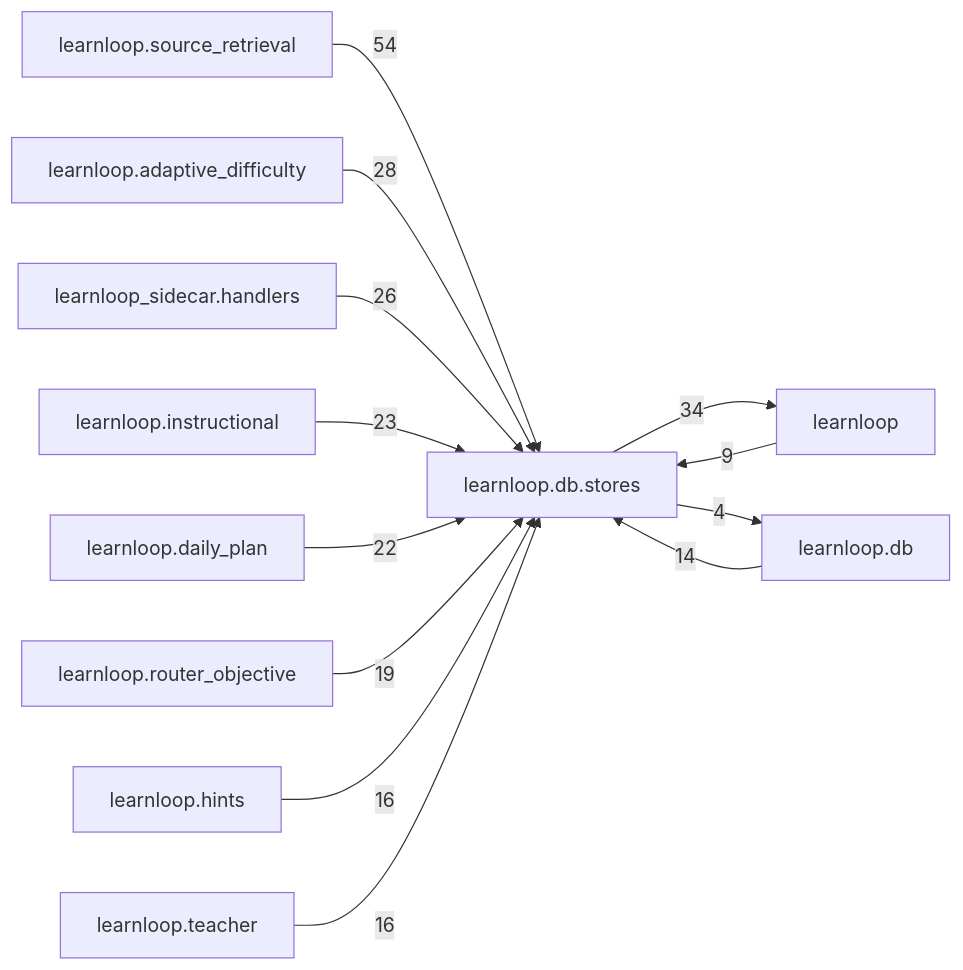
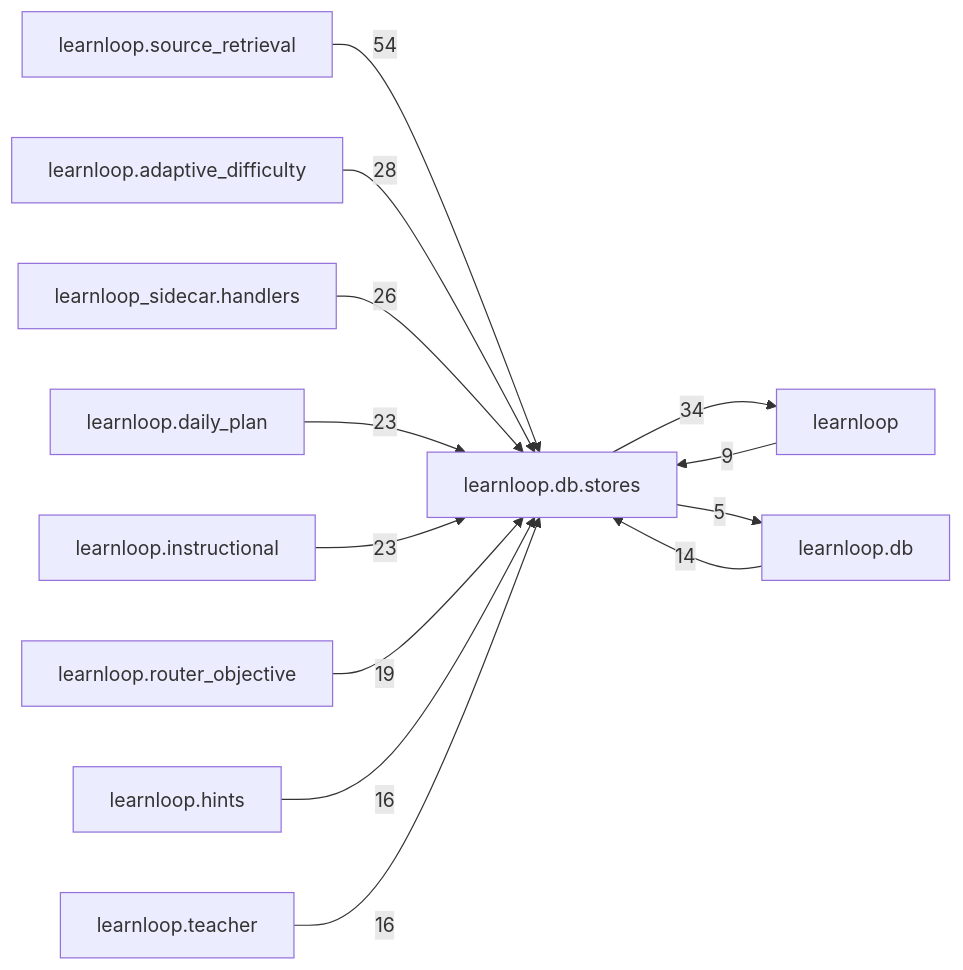
Before and after one commit to 6up-b/learnanything: the diagram in docs/learnloop-architecture-vault/Reference/Modules/learnloop/db/stores/_package.md, drawn with Mermaid. The commit also changed other lines of this file and 67 other files, not shown here.

````diff
--- a/docs/learnloop-architecture-vault/Reference/Modules/learnloop/db/stores/_package.md
+++ b/docs/learnloop-architecture-vault/Reference/Modules/learnloop/db/stores/_package.md
@@ -220,26 +220,26 @@
 ```mermaid
 flowchart LR
     center["learnloop.db.stores"]
     n_learnloop_source_retrieval["learnloop.source_retrieval"]
     n_learnloop["learnloop"]
     n_learnloop_adaptive_difficulty["learnloop.adaptive_difficulty"]
     n_learnloop_sidecar_handlers["learnloop_sidecar.handlers"]
+    n_learnloop_daily_plan["learnloop.daily_plan"]
     n_learnloop_instructional["learnloop.instructional"]
-    n_learnloop_daily_plan["learnloop.daily_plan"]
+    n_learnloop_db["learnloop.db"]
     n_learnloop_router_objective["learnloop.router_objective"]
-    n_learnloop_db["learnloop.db"]
     n_learnloop_hints["learnloop.hints"]
     n_learnloop_teacher["learnloop.teacher"]
     n_learnloop_source_retrieval -->|54| center
     n_learnloop -->|9| center
     center -->|34| n_learnloop
     n_learnloop_adaptive_difficulty -->|28| center
     n_learnloop_sidecar_handlers -->|26| center
+    n_learnloop_daily_plan -->|23| center
     n_learnloop_instructional -->|23| center
-    n_learnloop_daily_plan -->|22| center
+    n_learnloop_db -->|14| center
+    center -->|5| n_learnloop_db
     n_learnloop_router_objective -->|19| center
-    n_learnloop_db -->|14| center
-    center -->|4| n_learnloop_db
     n_learnloop_hints -->|16| center
     n_learnloop_teacher -->|16| center
 ```
````
